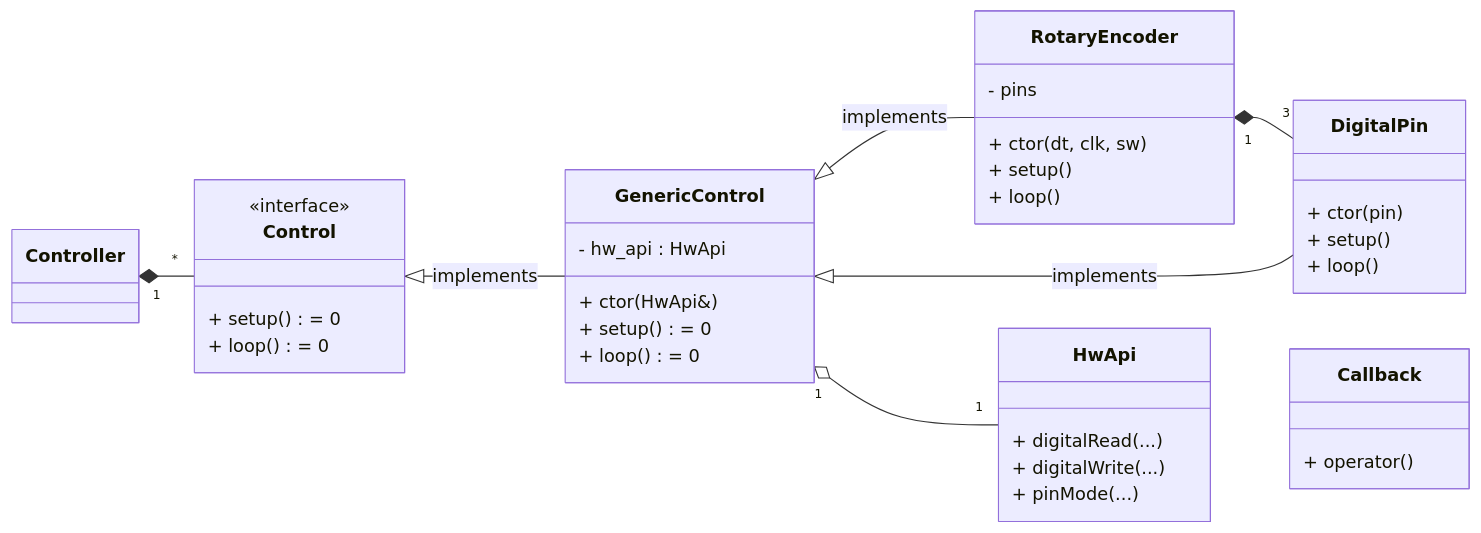
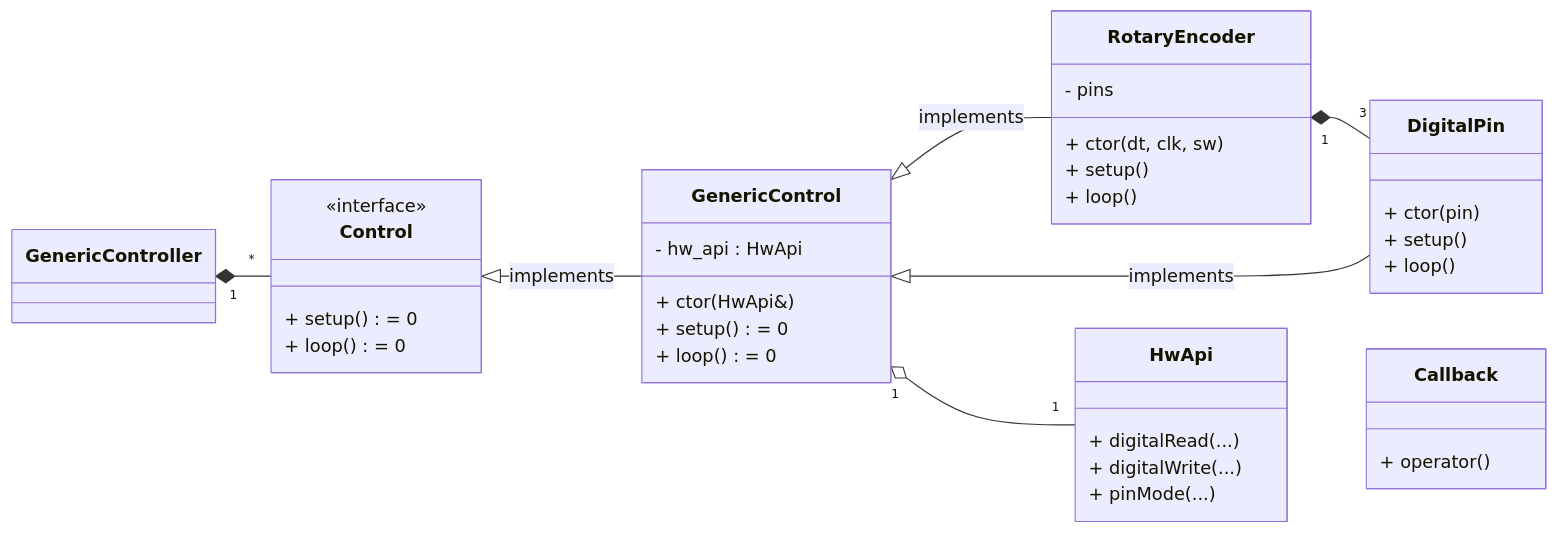
Before and after one commit to aserebryakov/arduino-cpp-components-library: the diagram in support_library/README.md, drawn with Mermaid. The commit also changed other lines of this file and 2 other files, not shown here.

Commit message:
GenericController: Adds setup() interface

````diff
--- a/support_library/README.md
+++ b/support_library/README.md
@@ -11,48 +11,49 @@
 ```mermaid
 classDiagram
     direction RL
-    class Controller
+    
+    class GenericController
     
     class Control {
         <<interface>>
         + setup() = 0
         + loop() = 0
     }
     
     class GenericControl {
         + ctor(HwApi&)
         + setup() = 0
         + loop() = 0
         - hw_api : HwApi
     }
     
     class RotaryEncoder {
         + ctor(dt, clk, sw)
         + setup()
         + loop()
         - pins
     }
     
     class DigitalPin {
         + ctor(pin)
         + setup()
         + loop()
     }
     
     class HwApi {
         + digitalRead(...)
         + digitalWrite(...)
         + pinMode(...)
     }
     
     class Callback {
         + operator()
     }
     
     GenericControl --|> Control : implements
     RotaryEncoder --|> GenericControl : implements
     DigitalPin --|> GenericControl : implements
     DigitalPin "3" --* "1" RotaryEncoder : 
-    Control "*" --* "1" Controller
+    Control "*" --* "1" GenericController
     HwApi "1" --o "1" GenericControl
 ```
````
